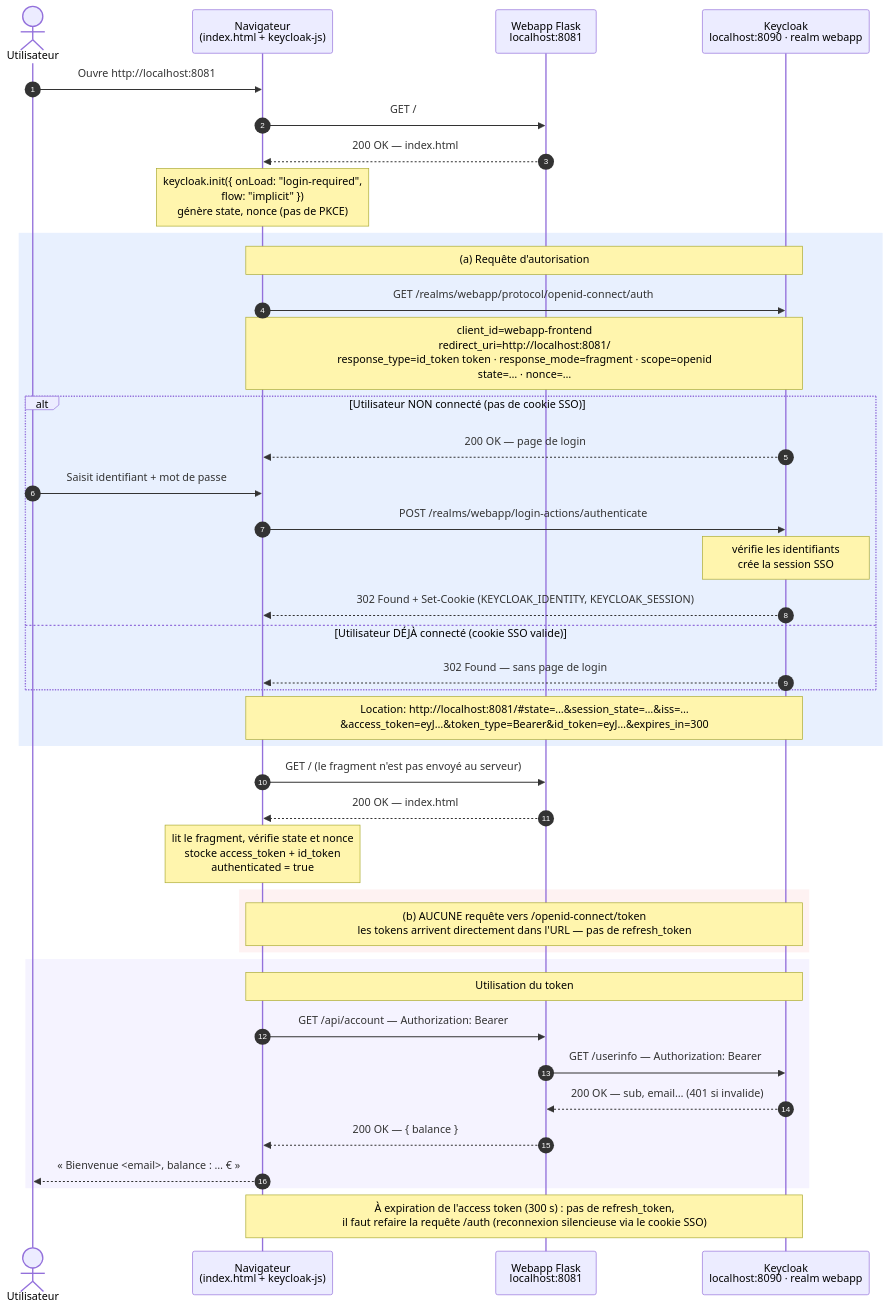
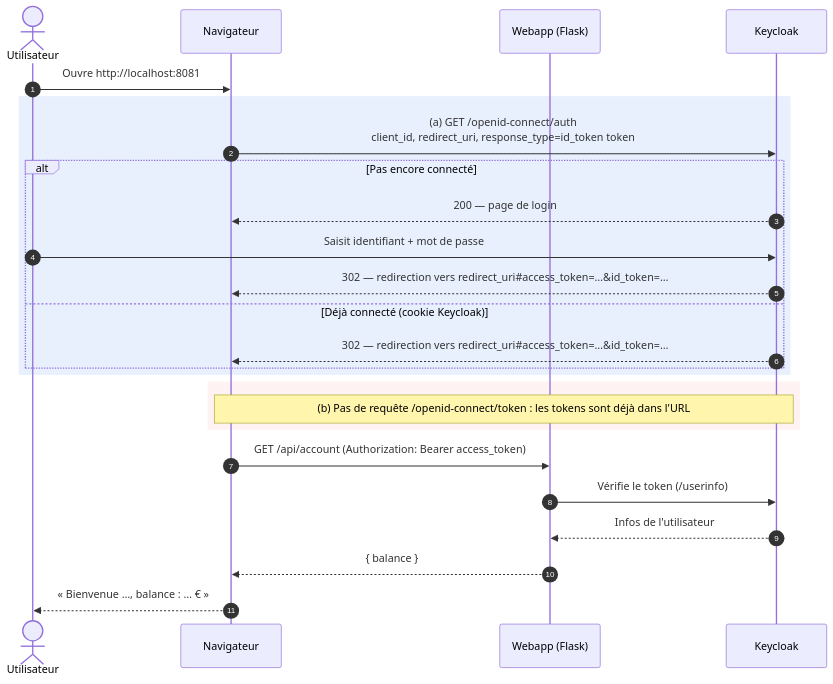
Before and after one commit to Arnaud-Dec/swc-tp-keycloak: the diagram in rapport/src/q23-implicit-flow.mmd, drawn with Mermaid. The commit also changed 6 other files, not shown here.

```diff
--- a/rapport/src/q23-implicit-flow.mmd
+++ b/rapport/src/q23-implicit-flow.mmd
@@ -1,46 +1,29 @@
 sequenceDiagram
     autonumber
     actor U as Utilisateur
-    participant B as Navigateur<br/>(index.html + keycloak-js)
-    participant F as Webapp Flask<br/>localhost:8081
-    participant K as Keycloak<br/>localhost:8090 · realm webapp
+    participant B as Navigateur
+    participant F as Webapp (Flask)
+    participant K as Keycloak
 
     U->>B: Ouvre http://localhost:8081
-    B->>F: GET /
-    F-->>B: 200 OK — index.html
-    Note over B: keycloak.init({ onLoad: "login-required",<br/>flow: "implicit" })<br/>génère state, nonce (pas de PKCE)
 
     rect rgb(232, 240, 254)
-    Note over B,K: (a) Requête d'autorisation
-    B->>K: GET /realms/webapp/protocol/openid-connect/auth
-    Note over B,K: client_id=webapp-frontend<br/>redirect_uri=http://localhost:8081/<br/>response_type=id_token token  ·  response_mode=fragment  ·  scope=openid<br/>state=…  ·  nonce=…
-    alt Utilisateur NON connecté (pas de cookie SSO)
-        K-->>B: 200 OK — page de login
-        U->>B: Saisit identifiant + mot de passe
-        B->>K: POST /realms/webapp/login-actions/authenticate
-        Note over K: vérifie les identifiants<br/>crée la session SSO
-        K-->>B: 302 Found + Set-Cookie (KEYCLOAK_IDENTITY, KEYCLOAK_SESSION)
-    else Utilisateur DÉJÀ connecté (cookie SSO valide)
-        K-->>B: 302 Found — sans page de login
+    B->>K: (a) GET /openid-connect/auth<br/>client_id, redirect_uri, response_type=id_token token
+    alt Pas encore connecté
+        K-->>B: 200 — page de login
+        U->>K: Saisit identifiant + mot de passe
+        K-->>B: 302 — redirection vers redirect_uri#35;access_token=…&id_token=…
+    else Déjà connecté (cookie Keycloak)
+        K-->>B: 302 — redirection vers redirect_uri#35;access_token=…&id_token=…
     end
-    Note over B,K: Location: http://localhost:8081/#35;state=…&session_state=…&iss=…<br/>&access_token=eyJ…&token_type=Bearer&id_token=eyJ…&expires_in=300
     end
 
-    B->>F: GET / (le fragment n'est pas envoyé au serveur)
-    F-->>B: 200 OK — index.html
-    Note over B: lit le fragment, vérifie state et nonce<br/>stocke access_token + id_token<br/>authenticated = true
-
     rect rgb(254, 242, 242)
-    Note over B,K: (b) AUCUNE requête vers /openid-connect/token<br/>les tokens arrivent directement dans l'URL — pas de refresh_token
+    Note over B,K: (b) Pas de requête /openid-connect/token : les tokens sont déjà dans l'URL
     end
 
-    rect rgb(245, 243, 255)
-    Note over B,K: Utilisation du token
-    B->>F: GET /api/account — Authorization: Bearer
-    F->>K: GET /userinfo — Authorization: Bearer
-    K-->>F: 200 OK — sub, email… (401 si invalide)
-    F-->>B: 200 OK — { balance }
-    B-->>U: « Bienvenue <email>, balance : … € »
-    end
-
-    Note over B,K: À expiration de l'access token (300 s) : pas de refresh_token,<br/>il faut refaire la requête /auth (reconnexion silencieuse via le cookie SSO)
+    B->>F: GET /api/account (Authorization: Bearer access_token)
+    F->>K: Vérifie le token (/userinfo)
+    K-->>F: Infos de l'utilisateur
+    F-->>B: { balance }
+    B-->>U: « Bienvenue …, balance : … € »
```
